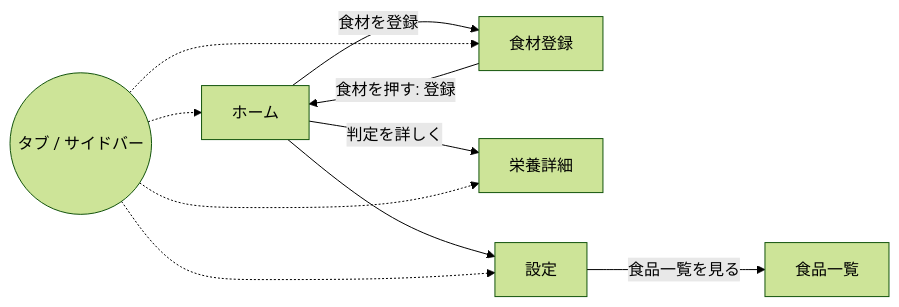
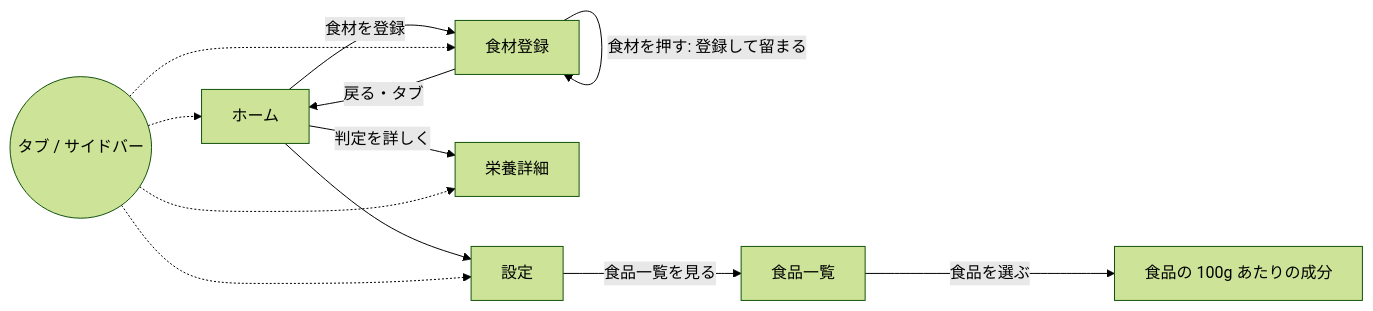
One commit to sakana396/week-meal changed the second of 2 diagrams in docs/03_design/design-it02.md. Above: the diagram before and after it, drawn with Mermaid (forest theme). The commit also changed other lines of this file and 6 other files, not shown here.

````diff
--- a/docs/03_design/design-it02.md
+++ b/docs/03_design/design-it02.md
@@ -108,12 +113,14 @@
 ```mermaid
 flowchart LR
   Home[ホーム] -->|食材を登録| Register[食材登録]
-  Register -->|食材を押す: 登録| Home
+  Register -->|食材を押す: 登録して留まる| Register
+  Register -->|戻る・タブ| Home
   Home -->|判定を詳しく| Balance[栄養詳細]
   Home --> Settings[設定]
   Settings -->|食品一覧を見る| Foods[食品一覧]
+  Foods -->|食品を選ぶ| FoodDetail[食品の 100g あたりの成分]
   TabBar((タブ / サイドバー)) -.-> Home
   TabBar -.-> Register
   TabBar -.-> Balance
   TabBar -.-> Settings
 ```
````
